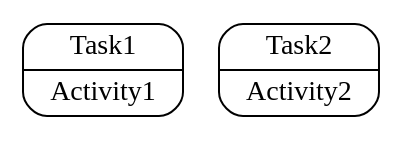
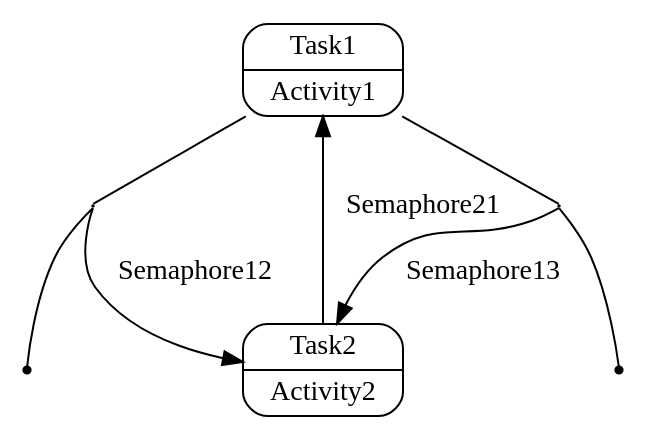
The diagram in Digraph.gv (AdrianW424/Echtzeitsysteme_Projekt), drawn with Graphviz before and after one commit. The commit also changed 1 other file, not shown here.

```diff
--- a/Digraph.gv
+++ b/Digraph.gv
@@ -1,5 +1,16 @@
 // Flowchart
 digraph {
 	1 [label="{Task1|Activity1}" fillcolor=white shape=record style="rounded,filled"]
 	2 [label="{Task2|Activity2}" fillcolor=white shape=record style="rounded,filled"]
+	Dummy0 [height=0.01 shape=point width=0.01]
+	1 -> Dummy0 [arrowhead=none color=black splines=polyline]
+	Dummy0 -> 2 [label=Semaphore12 color=black splines=polyline]
+	Dummy1 [shape=point xlabel=""]
+	Dummy0 -> Dummy1 [arrowhead=none splines=polyline]
+	Dummy2 [height=0.01 shape=point width=0.01]
+	1 -> Dummy2 [arrowhead=none color=black splines=polyline]
+	Dummy2 -> 2 [label=Semaphore13 color=black splines=polyline]
+	Dummy3 [shape=point xlabel=""]
+	Dummy2 -> Dummy3 [arrowhead=none splines=polyline]
+	2 -> 1 [label=Semaphore21 color=black splines=polyline]
 }
```
